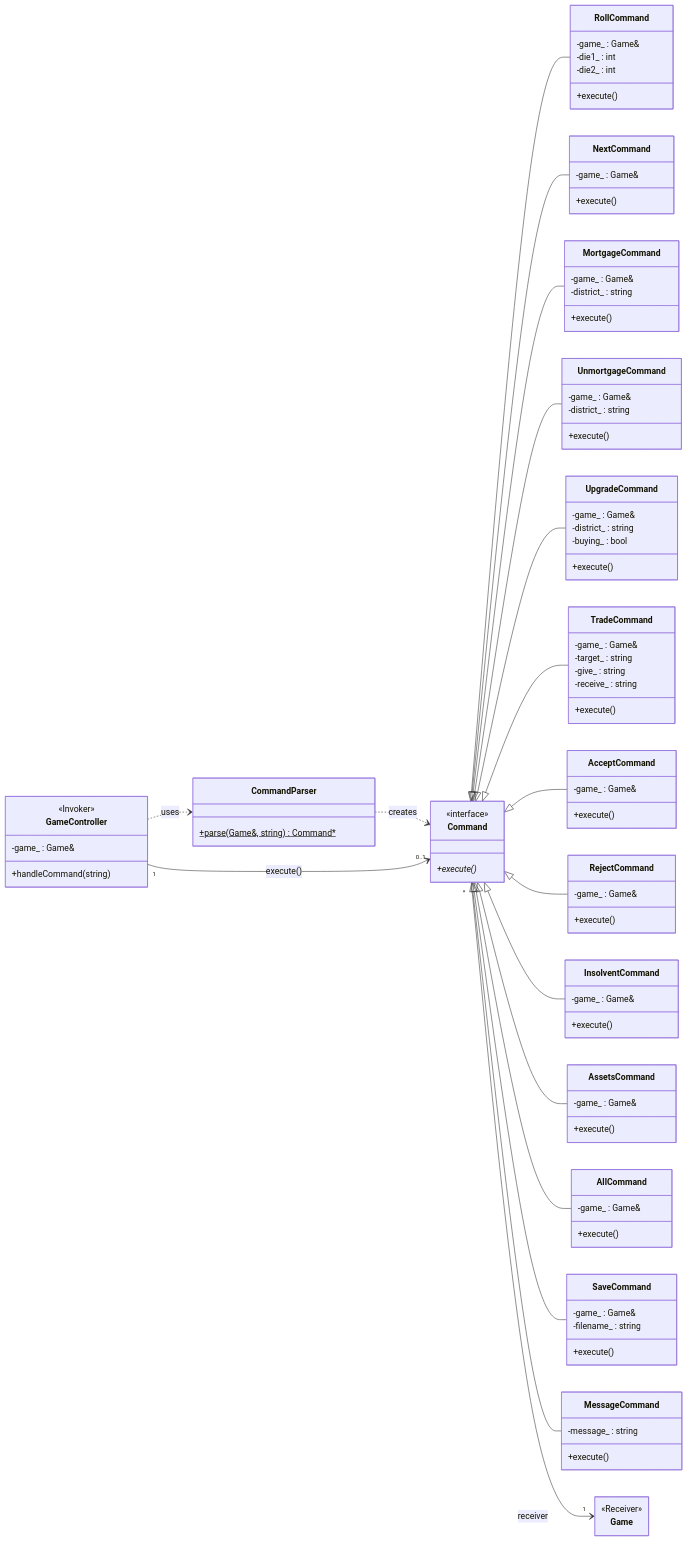
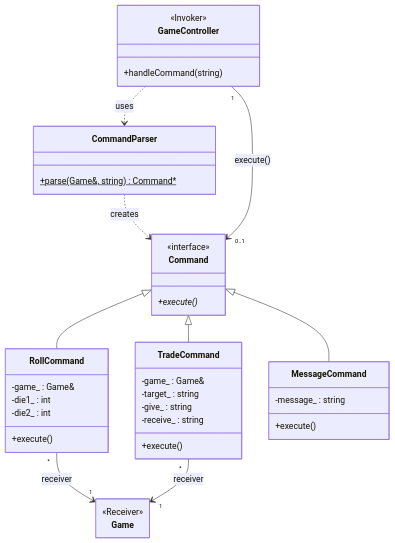
Before and after one commit to jasmehar-k/hungry-hungry-capitalists: the seventh of 8 diagrams in uml.md, drawn with Mermaid. The commit also changed other lines of this file and 9 other files, not shown here.

Commit message:
align uml and design pattern section with the report requirements

````diff
--- a/uml.md
+++ b/uml.md
@@ -392,12 +712,11 @@
     hideEmptyMembersBox: true
 ---
 classDiagram
-    direction LR
+    direction TB
 
     class GameController {
         <<Invoker>>
         +handleCommand(string)
-        -game_ : Game&
     }
     class CommandParser {
         +parse(Game&, string) Command*$
@@ -406,33 +725,11 @@
         <<interface>>
         +execute()*
     }
-    class Game { <<Receiver>> }
-
     class RollCommand {
         +execute()
         -game_ : Game&
         -die1_ : int
         -die2_ : int
-    }
-    class NextCommand {
-        +execute()
-        -game_ : Game&
-    }
-    class MortgageCommand {
-        +execute()
-        -game_ : Game&
-        -district_ : string
-    }
-    class UnmortgageCommand {
-        +execute()
-        -game_ : Game&
-        -district_ : string
-    }
-    class UpgradeCommand {
-        +execute()
-        -game_ : Game&
-        -district_ : string
-        -buying_ : bool
     }
     class TradeCommand {
         +execute()
@@ -441,52 +738,18 @@
         -give_ : string
         -receive_ : string
     }
-    class AcceptCommand {
-        +execute()
-        -game_ : Game&
-    }
-    class RejectCommand {
-        +execute()
-        -game_ : Game&
-    }
-    class InsolventCommand {
-        +execute()
-        -game_ : Game&
-    }
-    class AssetsCommand {
-        +execute()
-        -game_ : Game&
-    }
-    class AllCommand {
-        +execute()
-        -game_ : Game&
-    }
-    class SaveCommand {
-        +execute()
-        -game_ : Game&
-        -filename_ : string
-    }
     class MessageCommand {
         +execute()
         -message_ : string
     }
+    class Game { <<Receiver>> }
 
     Command <|-- RollCommand
-    Command <|-- NextCommand
-    Command <|-- MortgageCommand
-    Command <|-- UnmortgageCommand
-    Command <|-- UpgradeCommand
     Command <|-- TradeCommand
-    Command <|-- AcceptCommand
-    Command <|-- RejectCommand
-    Command <|-- InsolventCommand
-    Command <|-- AssetsCommand
-    Command <|-- AllCommand
-    Command <|-- SaveCommand
     Command <|-- MessageCommand
-
     GameController ..> CommandParser : uses
     CommandParser ..> Command : creates
     GameController "1" --> "0..1" Command : execute()
-    Command "*" --> "1" Game : receiver
+    RollCommand "*" --> "1" Game : receiver
+    TradeCommand "*" --> "1" Game : receiver
 ```
````
